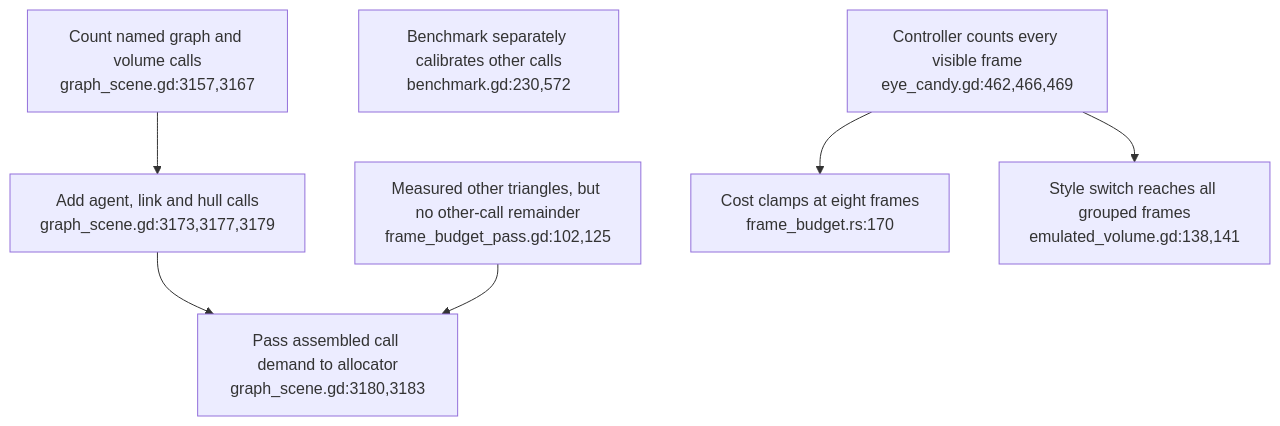
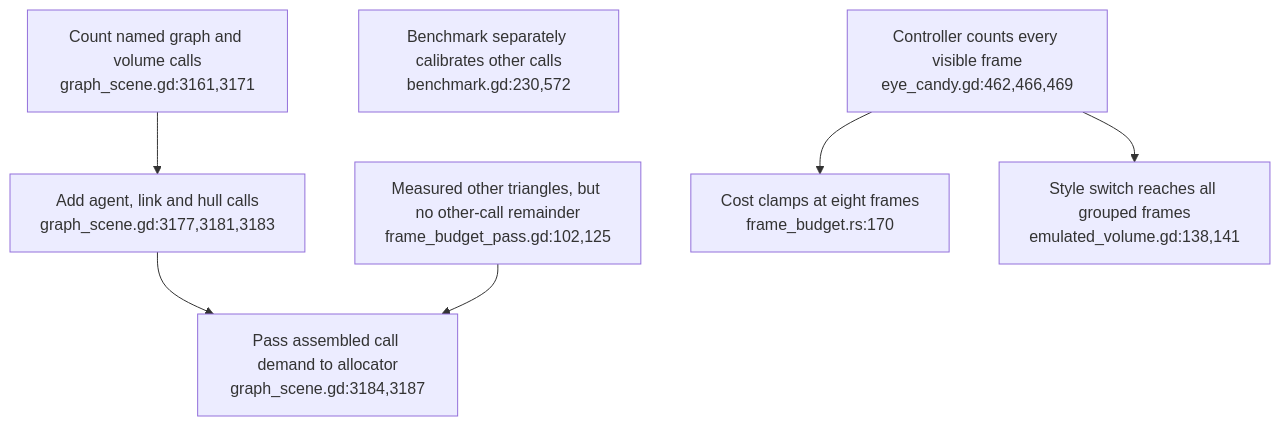
Before and after one commit to DreamLab-AI/VisionFlow: the second of 5 diagrams in docs/diagrams/visionclaw/51-xr-visual-budget-and-engine-gates.md, drawn with Mermaid. The commit also changed other lines of this file and 173 other files, not shown here.

````diff
--- a/docs/diagrams/visionclaw/51-xr-visual-budget-and-engine-gates.md
+++ b/docs/diagrams/visionclaw/51-xr-visual-budget-and-engine-gates.md
@@ -50,9 +50,9 @@
 ```mermaid
 flowchart TD
-    SCENE["Count named graph and volume calls<br/>graph_scene.gd:3157,3167"] --> CALLS["Add agent, link and hull calls<br/>graph_scene.gd:3173,3177,3179"]
-    CALLS --> INPUT["Pass assembled call demand to allocator<br/>graph_scene.gd:3180,3183"]
+    SCENE["Count named graph and volume calls<br/>graph_scene.gd:3161,3171"] --> CALLS["Add agent, link and hull calls<br/>graph_scene.gd:3177,3181,3183"]
+    CALLS --> INPUT["Pass assembled call demand to allocator<br/>graph_scene.gd:3184,3187"]
     OTHER["Measured other triangles, but no other-call remainder<br/>frame_budget_pass.gd:102,125"] --> INPUT
     BENCH["Benchmark separately calibrates other calls<br/>benchmark.gd:230,572"]
     VISIBLE["Controller counts every visible frame<br/>eye_candy.gd:462,466,469"] --> PRICE["Cost clamps at eight frames<br/>frame_budget.rs:170"]
     VISIBLE --> DRAW["Style switch reaches all grouped frames<br/>emulated_volume.gd:138,141"]
 ```
````
